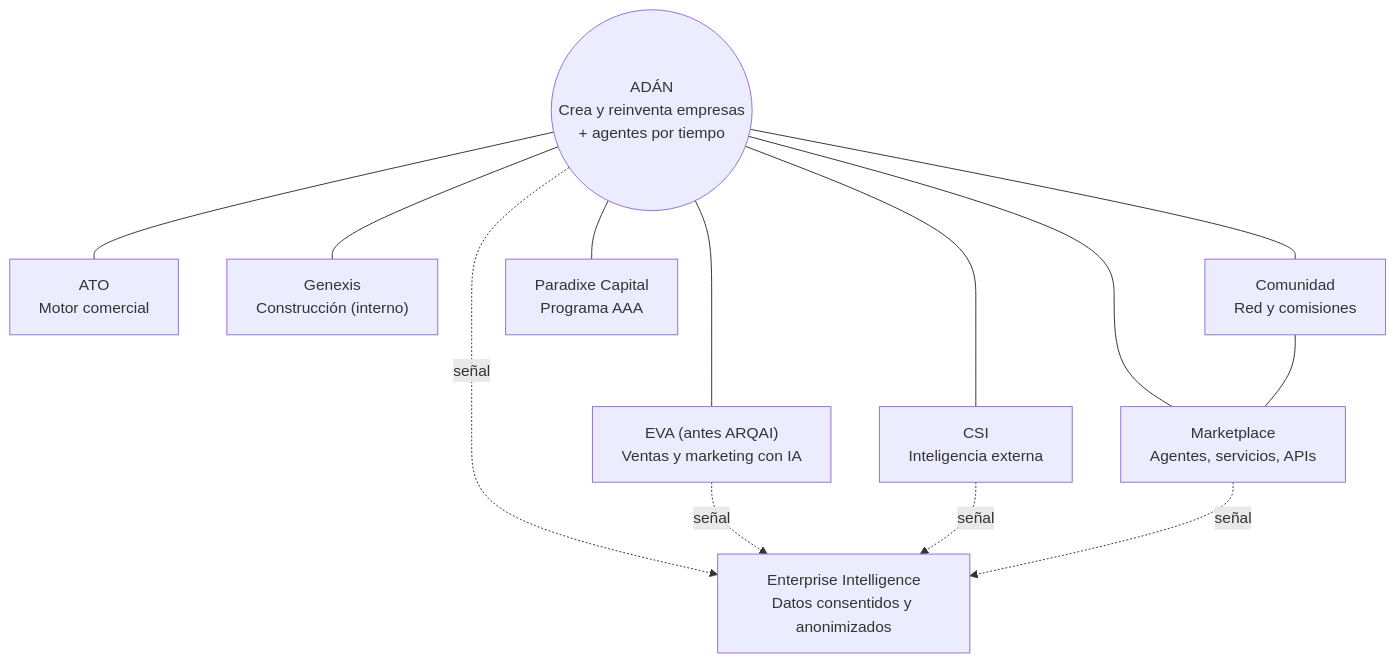
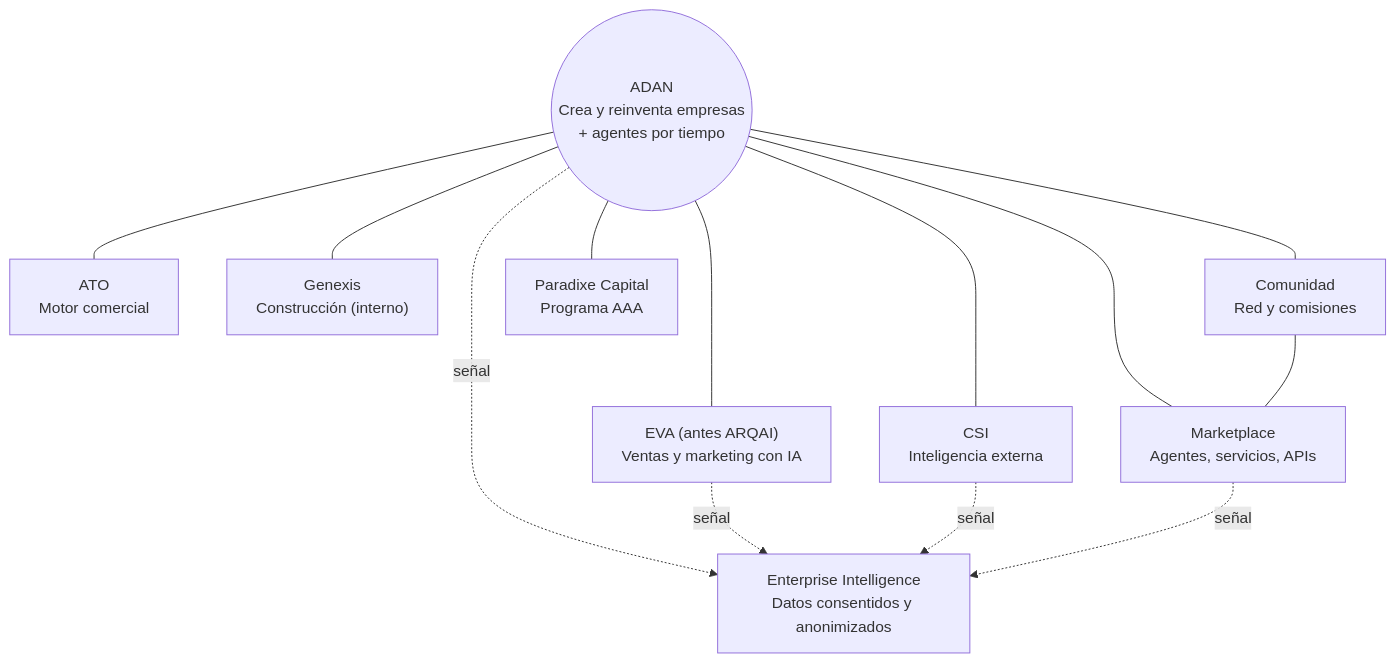
Before and after one commit to hernanjrestrepo/ADAN: the diagram in docs/wo-000/00-fundamentos/AD-000_Paradixe_Ecosystem_Vision_v2.0.md, drawn with Mermaid. The commit also changed other lines of this file and 329 other files, not shown here.

````diff
--- a/docs/wo-000/00-fundamentos/AD-000_Paradixe_Ecosystem_Vision_v2.0.md
+++ b/docs/wo-000/00-fundamentos/AD-000_Paradixe_Ecosystem_Vision_v2.0.md
@@ -122,25 +122,25 @@
 ```mermaid
 graph TD
-    ADAN(("ADÁN<br/>Crea y reinventa empresas<br/>+ agentes por tiempo"))
+    ADAN(("ADAN<br/>Crea y reinventa empresas<br/>+ agentes por tiempo"))
     EVA["EVA (antes ARQAI)<br/>Ventas y marketing con IA"]
     ATO["ATO<br/>Motor comercial"]
     GEN["Genexis<br/>Construcción (interno)"]
     CSI["CSI<br/>Inteligencia externa"]
     MKT["Marketplace<br/>Agentes, servicios, APIs"]
     COM["Comunidad<br/>Red y comisiones"]
     CAP["Paradixe Capital<br/>Programa AAA"]
     EI["Enterprise Intelligence<br/>Datos consentidos y anonimizados"]
 
     ADAN --- EVA
     ADAN --- ATO
     ADAN --- GEN
     ADAN --- CSI
     ADAN --- MKT
     ADAN --- COM
     ADAN --- CAP
     COM --- MKT
     ADAN -.señal.-> EI
     EVA -.señal.-> EI
     CSI -.señal.-> EI
     MKT -.señal.-> EI
 ```
````
